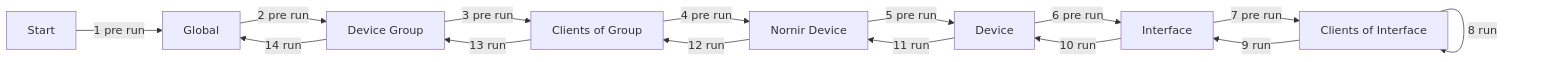
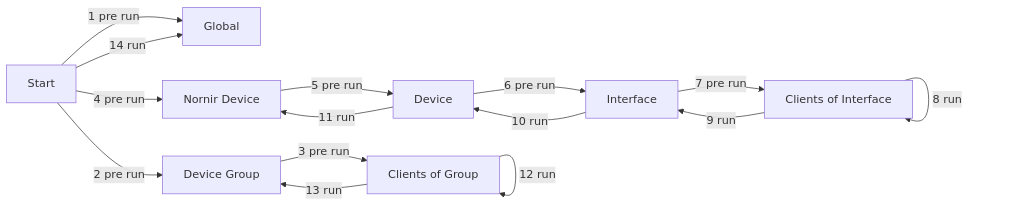
Before and after one commit to zebbra/neops-docs: the diagram in usage_sub/usage_provider.md, drawn with Mermaid.

Commit message:
Graph styling

````diff
--- a/usage_sub/usage_provider.md
+++ b/usage_sub/usage_provider.md
@@ -33,26 +33,26 @@
 ```mermaid
 graph LR
     S[Start]
     P1[Global]
     P2[Device Group]    
     P3[Clients of Group]
     P4[Nornir Device]
     P5[Device]
     P6[Interface]
     P7[Clients of Interface]
 
     S -- 1 pre run --> P1
-    P1 -- 2 pre run --> P2
+    S -- 2 pre run --> P2
     P2 -- 3 pre run --> P3
-    P3 -- 4 pre run --> P4
+    S -- 4 pre run --> P4
     P4 -- 5 pre run --> P5
     P5 -- 6 pre run --> P6
     P6 -- 7 pre run --> P7
     P7 -- 8 run --> P7
     P7 -- 9 run --> P6
     P6 -- 10 run --> P5
     P5 -- 11 run --> P4
-    P4 -- 12 run --> P3
+    P3 -- 12 run --> P3
     P3 -- 13 run --> P2
-    P2 -- 14 run --> P1
+    S -- 14 run --> P1
 ```
````
